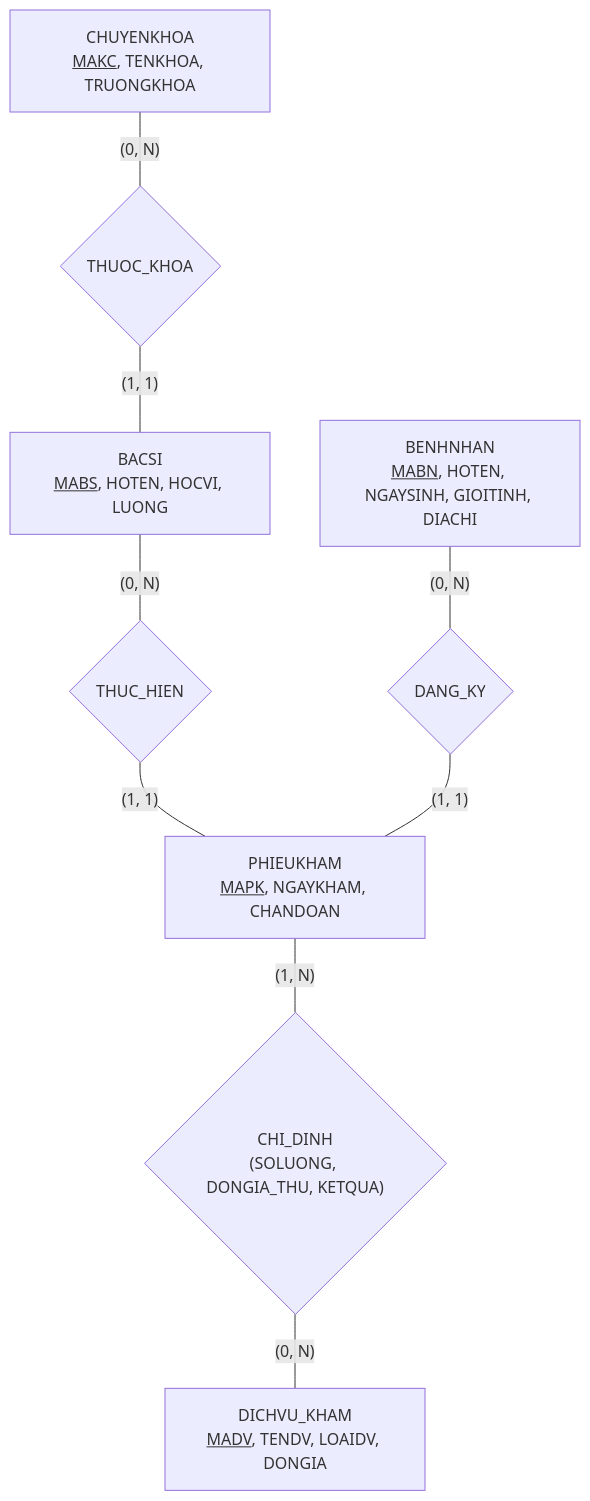
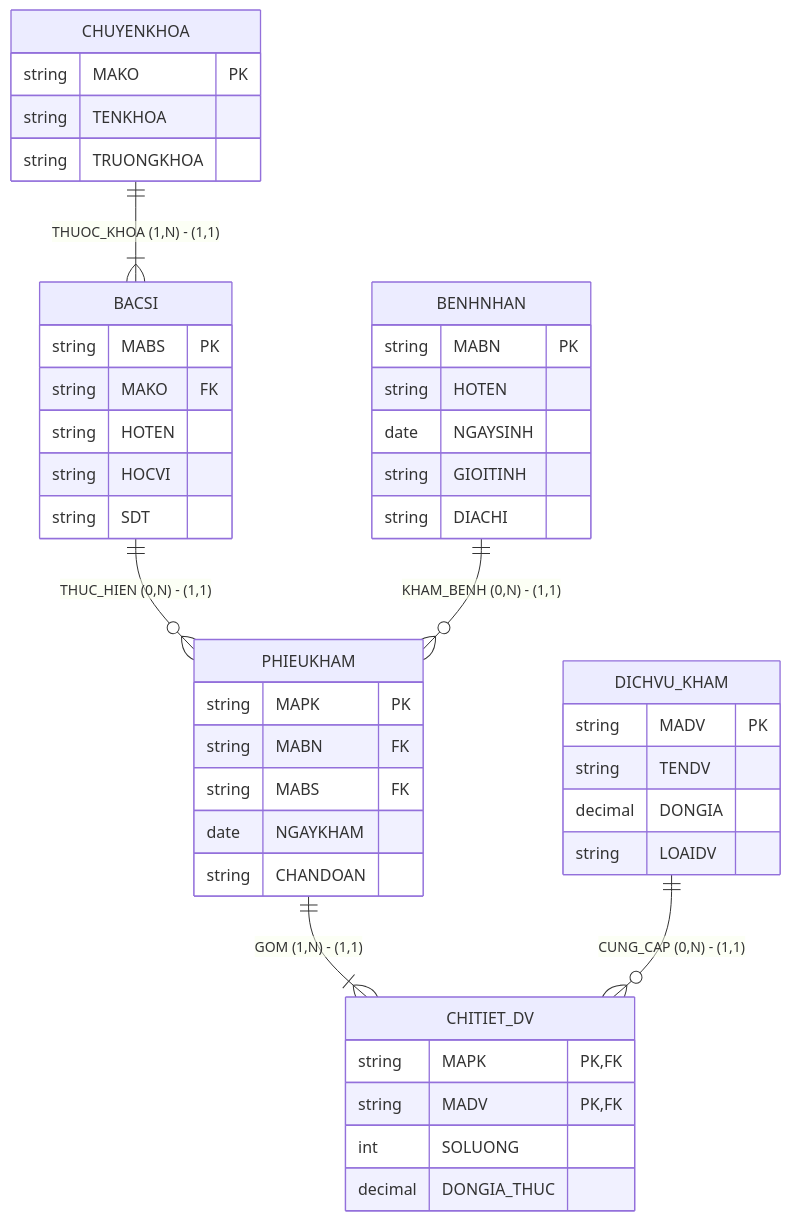
The diagram in exam/gk/mocks/MOCK-06/solution.md (Phuchello/CSDL_UIT), drawn with Mermaid before and after one commit. The commit also changed 30 other files, not shown here.

````diff
--- a/exam/gk/mocks/MOCK-06/solution.md
+++ b/exam/gk/mocks/MOCK-06/solution.md
@@ -45,13 +45,47 @@
 ```mermaid
-flowchart TD
-    CK["CHUYENKHOA<br><u>MAKC</u>, TENKHOA, TRUONGKHOA"]
-    BS["BACSI<br><u>MABS</u>, HOTEN, HOCVI, LUONG"]
-    BN["BENHNHAN<br><u>MABN</u>, HOTEN, NGAYSINH, GIOITINH, DIACHI"]
-    PK["PHIEUKHAM<br><u>MAPK</u>, NGAYKHAM, CHANDOAN"]
-    DV["DICHVU_KHAM<br><u>MADV</u>, TENDV, LOAIDV, DONGIA"]
+erDiagram
+    CHUYENKHOA ||--|{ BACSI : "THUOC_KHOA (1,N) - (1,1)"
+    BACSI ||--o{ PHIEUKHAM : "THUC_HIEN (0,N) - (1,1)"
+    BENHNHAN ||--o{ PHIEUKHAM : "KHAM_BENH (0,N) - (1,1)"
+    PHIEUKHAM ||--|{ CHITIET_DV : "GOM (1,N) - (1,1)"
+    DICHVU_KHAM ||--o{ CHITIET_DV : "CUNG_CAP (0,N) - (1,1)"
 
-    CK ---|"(0, N)"| R1{"THUOC_KHOA"} ---|"(1, 1)"| BS
-    BS ---|"(0, N)"| R2{"THUC_HIEN"} ---|"(1, 1)"| PK
-    BN ---|"(0, N)"| R3{"DANG_KY"} ---|"(1, 1)"| PK
-    PK ---|"(1, N)"| R4{"CHI_DINH<br>(SOLUONG, DONGIA_THU, KETQUA)"} ---|"(0, N)"| DV
+    CHUYENKHOA {
+        string MAKO PK
+        string TENKHOA
+        string TRUONGKHOA
+    }
+    BACSI {
+        string MABS PK
+        string MAKO FK
+        string HOTEN
+        string HOCVI
+        string SDT
+    }
+    BENHNHAN {
+        string MABN PK
+        string HOTEN
+        date NGAYSINH
+        string GIOITINH
+        string DIACHI
+    }
+    DICHVU_KHAM {
+        string MADV PK
+        string TENDV
+        decimal DONGIA
+        string LOAIDV
+    }
+    PHIEUKHAM {
+        string MAPK PK
+        string MABN FK
+        string MABS FK
+        date NGAYKHAM
+        string CHANDOAN
+    }
+    CHITIET_DV {
+        string MAPK PK,FK
+        string MADV PK,FK
+        int SOLUONG
+        decimal DONGIA_THUC
+    }
 ```
````
